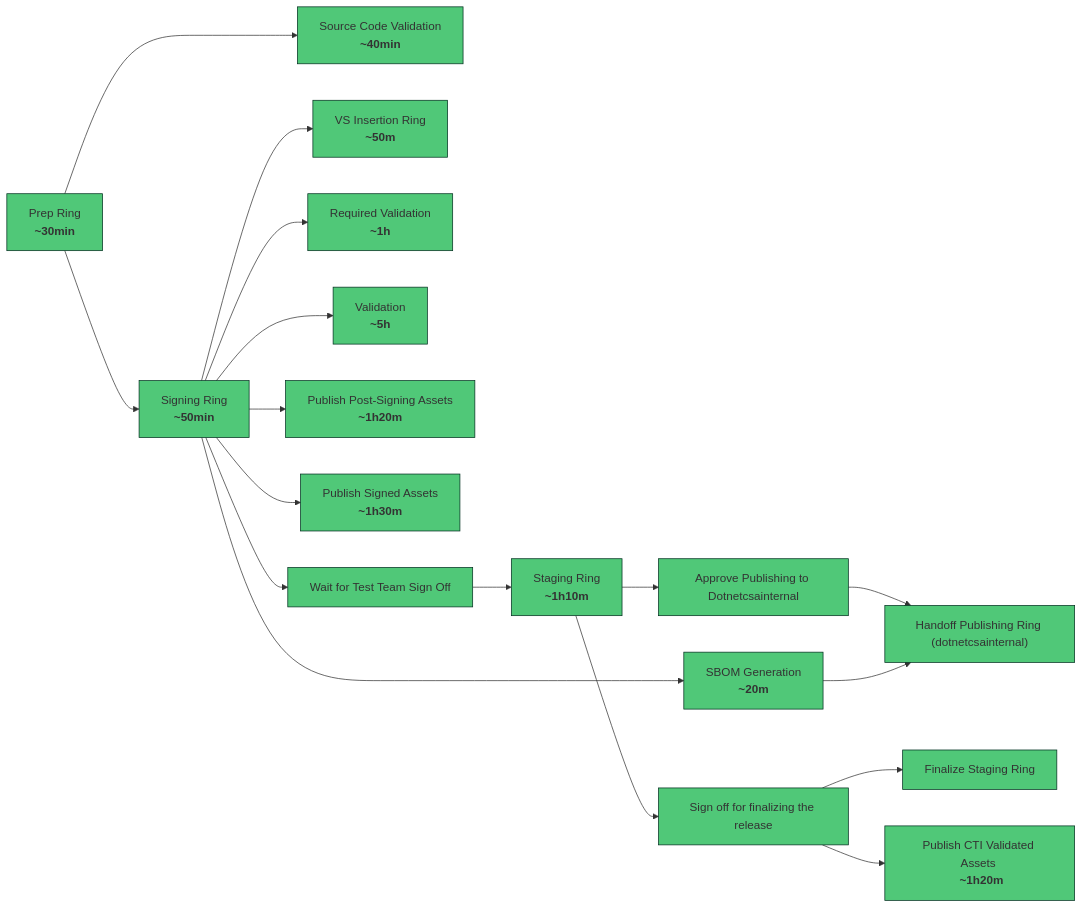
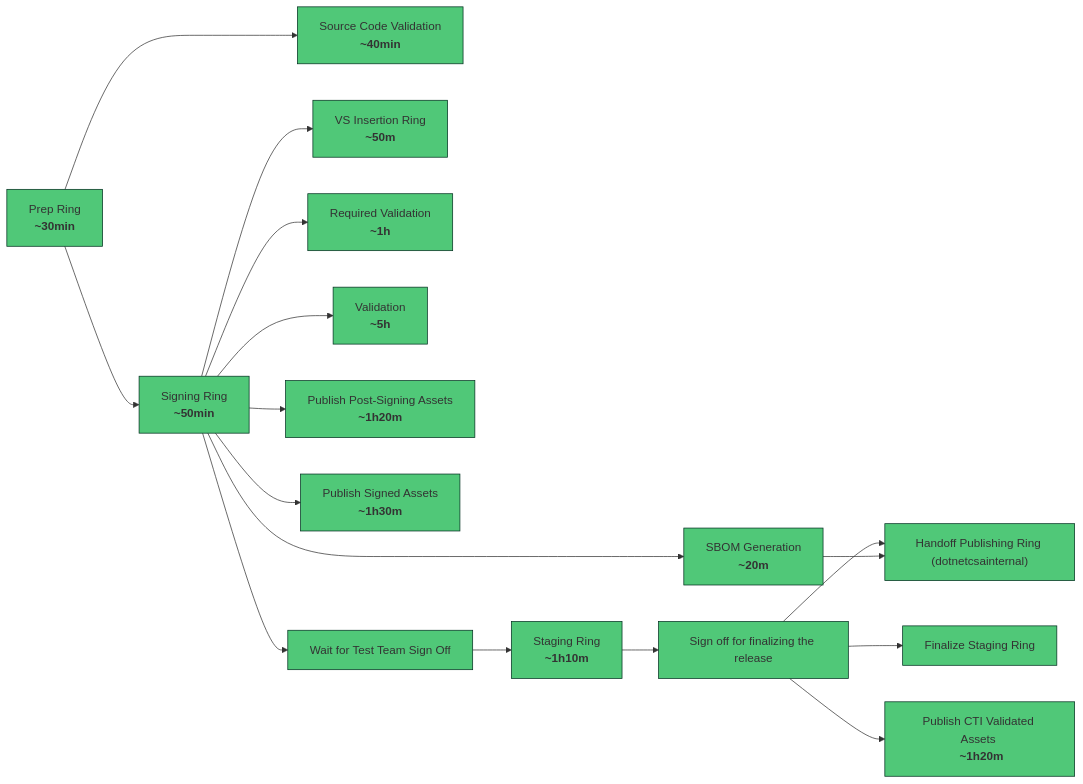
Before and after one commit to dotnet/arcade: the second of 2 diagrams in Documentation/TeamProcess/One-Pagers/bcm-emergency-staging-pipeline-optimizations-12261.md, drawn with Mermaid.

Commit message:
remove secondapproval

````diff
--- a/Documentation/TeamProcess/One-Pagers/bcm-emergency-staging-pipeline-optimizations-12261.md
+++ b/Documentation/TeamProcess/One-Pagers/bcm-emergency-staging-pipeline-optimizations-12261.md
@@ -47,20 +47,19 @@
 ```mermaid
 flowchart LR
   prep["Prep Ring \n <b>~30min</b>"] --> signing["Signing Ring \n <b>~50min</b>"]
   prep ---> source_code_validation["Source Code Validation \n <b>~40min</b>"]
   signing --> vs_insertion["VS Insertion Ring \n <b>~50m</b>"]
   signing --> required_validation["Required Validation \n <b>~1h</b>"]
   signing --> validation["Validation \n <b>~5h</b>"]
   signing --> sbom_generation["SBOM Generation \n <b>~20m</b>"]
   signing --> publishing_v3_signed["Publish Post-Signing Assets \n <b>~1h20m</b>"]
   signing --> post_signing_publishing["Publish Signed Assets \n <b>~1h30m</b>"]
   signing --> cti_sign_off[Wait for Test Team Sign Off]
   cti_sign_off --> staging["Staging Ring \n <b>~1h10m</b>"]
   staging --> finalize_sign_off[Sign off for finalizing the release]
   finalize_sign_off --> finalize_staging[Finalize Staging Ring]
   finalize_sign_off --> publishing_v3_validated["Publish CTI Validated Assets \n <b>~1h20m</b>"]
-  staging --> handoff_sign_off_dotnetcsainternal[Approve Publishing to Dotnetcsainternal]
-  handoff_sign_off_dotnetcsainternal --> handoff_publishing_dotnetcsainternal["Handoff Publishing Ring (dotnetcsainternal)"]
+  finalize_sign_off --> handoff_publishing_dotnetcsainternal["Handoff Publishing Ring (dotnetcsainternal)"]
   sbom_generation --> handoff_publishing_dotnetcsainternal
   classDef default fill:#50C878, stroke:#023020;
 ```
````
